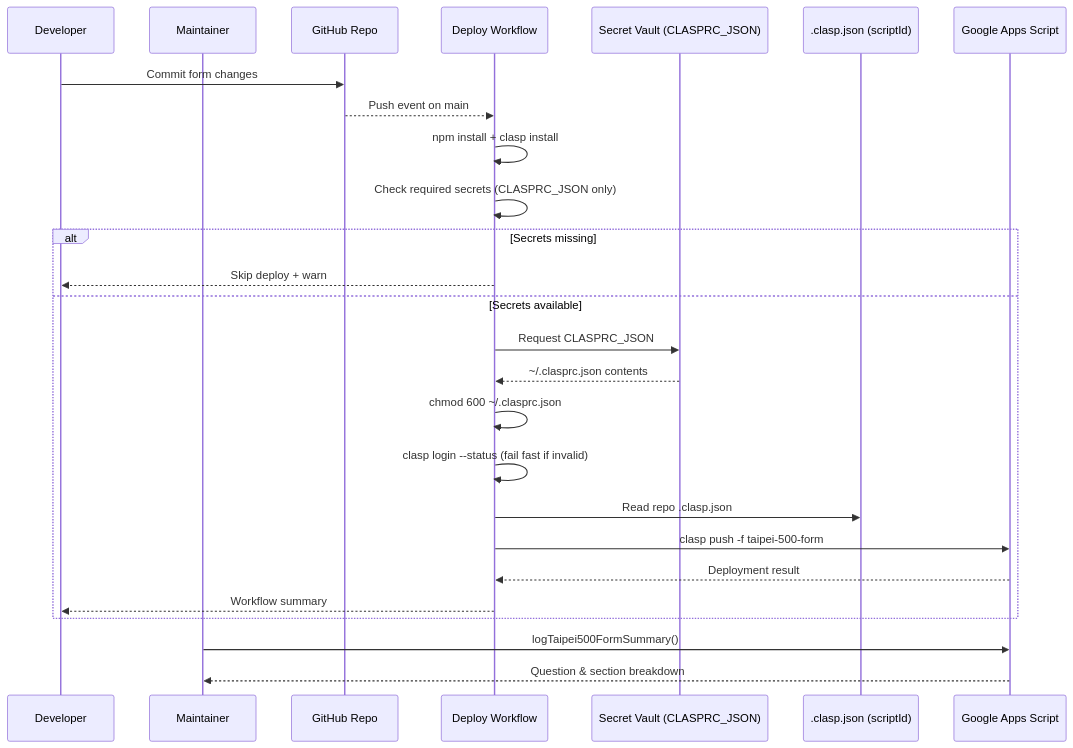
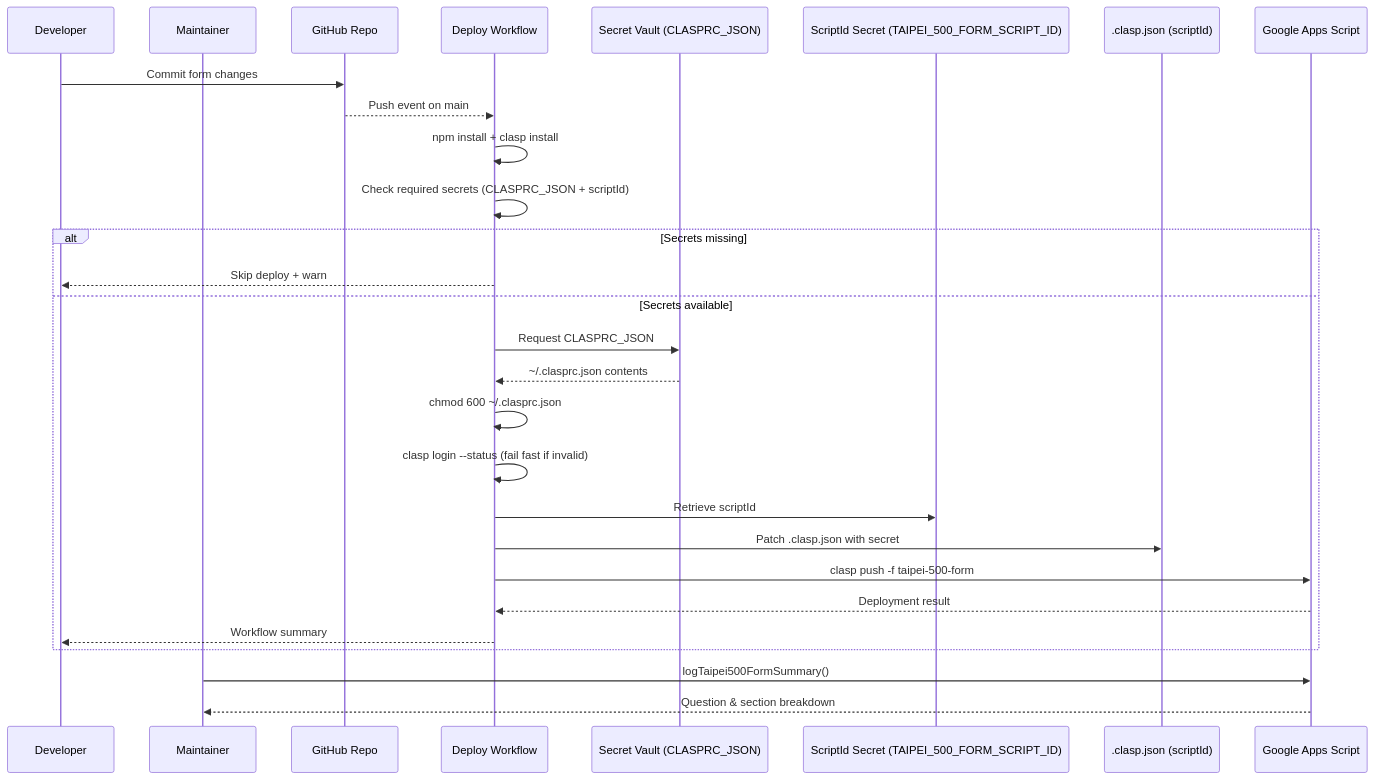
The third of 5 diagrams in README.md (muyueh/clasp-from-fresh), drawn with Mermaid before and after one commit. The commit also changed other lines of this file and 4 other files, not shown here.

Commit message:
Add scriptId injection tooling for clasp deploys

````diff
--- a/README.md
+++ b/README.md
@@ -43,28 +51,30 @@
 ```mermaid
 sequenceDiagram
     participant Dev as Developer
     participant Maint as Maintainer
     participant Repo as GitHub Repo
     participant CI as Deploy Workflow
     participant Secret as Secret Vault (CLASPRC_JSON)
+    participant ScriptSecret as ScriptId Secret (TAIPEI_500_FORM_SCRIPT_ID)
     participant Config as .clasp.json (scriptId)
     participant GAS as Google Apps Script
     Dev->>Repo: Commit form changes
     Repo-->>CI: Push event on main
     CI->>CI: npm install + clasp install
-    CI->>CI: Check required secrets (CLASPRC_JSON only)
+    CI->>CI: Check required secrets (CLASPRC_JSON + scriptId)
     alt Secrets missing
         CI-->>Dev: Skip deploy + warn
     else Secrets available
         CI->>Secret: Request CLASPRC_JSON
         Secret-->>CI: ~/.clasprc.json contents
         CI->>CI: chmod 600 ~/.clasprc.json
         CI->>CI: clasp login --status (fail fast if invalid)
-        CI->>Config: Read repo .clasp.json
+        CI->>ScriptSecret: Retrieve scriptId
+        CI->>Config: Patch .clasp.json with secret
         CI->>GAS: clasp push -f taipei-500-form
         GAS-->>CI: Deployment result
         CI-->>Dev: Workflow summary
     end
     Maint->>GAS: logTaipei500FormSummary()
     GAS-->>Maint: Question & section breakdown
 ```
````
